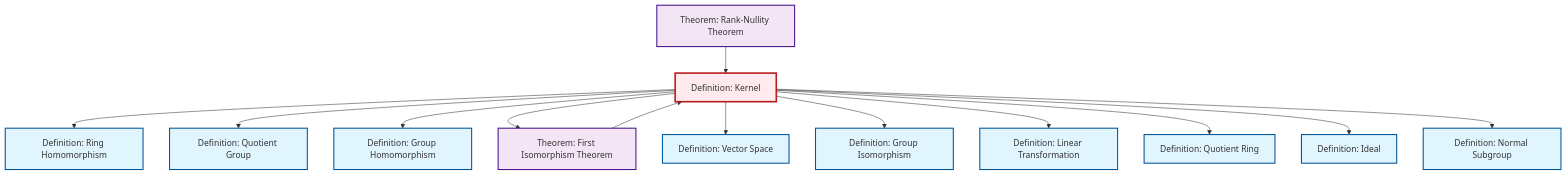
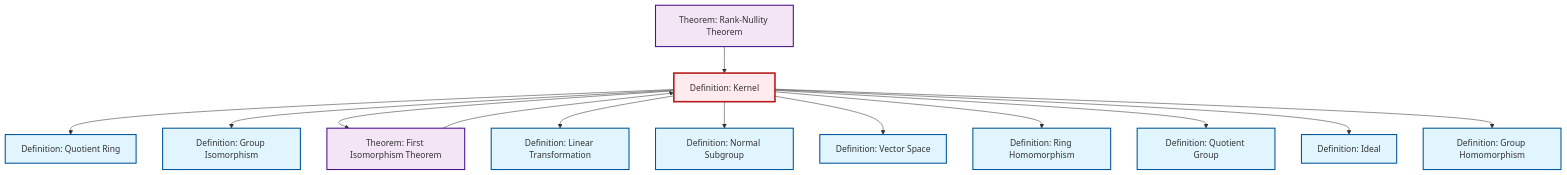
Before and after one commit to RK0429/ModernMath: the diagram in content/en/algebra/def-kernel.qmd, drawn with Mermaid. The commit also changed other lines of this file and 634 other files, not shown here.

First line of the commit message:
feat: Add prime ideal definition with comprehensive cross-references

````diff
--- a/content/en/algebra/def-kernel.qmd
+++ b/content/en/algebra/def-kernel.qmd
@@ -82,45 +82,45 @@
 ```{mermaid}
 %%| fig-cap: "Local dependency graph"
 graph TD
     classDef definition fill:#e1f5fe,stroke:#01579b,stroke-width:2px
     classDef theorem fill:#f3e5f5,stroke:#4a148c,stroke-width:2px
     classDef axiom fill:#fff3e0,stroke:#e65100,stroke-width:2px
     classDef example fill:#e8f5e9,stroke:#1b5e20,stroke-width:2px
     classDef current fill:#ffebee,stroke:#b71c1c,stroke-width:3px
+    def-quotient-ring["Definition: Quotient Ring"]:::definition
+    thm-rank-nullity["Theorem: Rank-Nullity Theorem"]:::theorem
+    def-ring-homomorphism["Definition: Ring Homomorphism"]:::definition
+    def-quotient-group["Definition: Quotient Group"]:::definition
     def-normal-subgroup["Definition: Normal Subgroup"]:::definition
+    def-isomorphism["Definition: Group Isomorphism"]:::definition
+    thm-first-isomorphism["Theorem: First Isomorphism Theorem"]:::theorem
+    def-linear-transformation["Definition: Linear Transformation"]:::definition
     def-kernel["Definition: Kernel"]:::definition
-    def-ring-homomorphism["Definition: Ring Homomorphism"]:::definition
-    def-linear-transformation["Definition: Linear Transformation"]:::definition
-    def-ideal["Definition: Ideal"]:::definition
-    thm-first-isomorphism["Theorem: First Isomorphism Theorem"]:::theorem
-    thm-rank-nullity["Theorem: Rank-Nullity Theorem"]:::theorem
-    def-quotient-group["Definition: Quotient Group"]:::definition
-    def-isomorphism["Definition: Group Isomorphism"]:::definition
-    def-quotient-ring["Definition: Quotient Ring"]:::definition
     def-homomorphism["Definition: Group Homomorphism"]:::definition
     def-vector-space["Definition: Vector Space"]:::definition
+    def-ideal["Definition: Ideal"]:::definition
+    def-kernel --> def-quotient-ring
+    def-kernel --> def-isomorphism
+    def-kernel --> thm-first-isomorphism
+    thm-first-isomorphism --> def-kernel
+    def-kernel --> def-linear-transformation
+    def-kernel --> def-normal-subgroup
+    def-kernel --> def-vector-space
     def-kernel --> def-ring-homomorphism
     def-kernel --> def-quotient-group
+    def-kernel --> def-ideal
     def-kernel --> def-homomorphism
-    def-kernel --> thm-first-isomorphism
-    def-kernel --> def-vector-space
-    def-kernel --> def-isomorphism
-    def-kernel --> def-linear-transformation
-    def-kernel --> def-quotient-ring
-    thm-first-isomorphism --> def-kernel
-    def-kernel --> def-ideal
     thm-rank-nullity --> def-kernel
-    def-kernel --> def-normal-subgroup
     class def-kernel current
+    click def-quotient-ring "def-quotient-ring.html" "Go to Quotient Ring definition"
+    click thm-rank-nullity "thm-rank-nullity.html" "Go to Rank-Nullity Theorem theorem"
+    click def-ring-homomorphism "def-ring-homomorphism.html" "Go to Ring Homomorphism definition"
+    click def-quotient-group "def-quotient-group.html" "Go to Quotient Group definition"
     click def-normal-subgroup "def-normal-subgroup.html" "Go to Normal Subgroup definition"
-    click def-ring-homomorphism "def-ring-homomorphism.html" "Go to Ring Homomorphism definition"
+    click def-isomorphism "def-isomorphism.html" "Go to Group Isomorphism definition"
+    click thm-first-isomorphism "thm-first-isomorphism.html" "Go to First Isomorphism Theorem theorem"
     click def-linear-transformation "def-linear-transformation.html" "Go to Linear Transformation definition"
-    click def-ideal "def-ideal.html" "Go to Ideal definition"
-    click thm-first-isomorphism "thm-first-isomorphism.html" "Go to First Isomorphism Theorem theorem"
-    click thm-rank-nullity "thm-rank-nullity.html" "Go to Rank-Nullity Theorem theorem"
-    click def-quotient-group "def-quotient-group.html" "Go to Quotient Group definition"
-    click def-isomorphism "def-isomorphism.html" "Go to Group Isomorphism definition"
-    click def-quotient-ring "def-quotient-ring.html" "Go to Quotient Ring definition"
     click def-homomorphism "def-homomorphism.html" "Go to Group Homomorphism definition"
     click def-vector-space "def-vector-space.html" "Go to Vector Space definition"
+    click def-ideal "def-ideal.html" "Go to Ideal definition"
 ```
````
